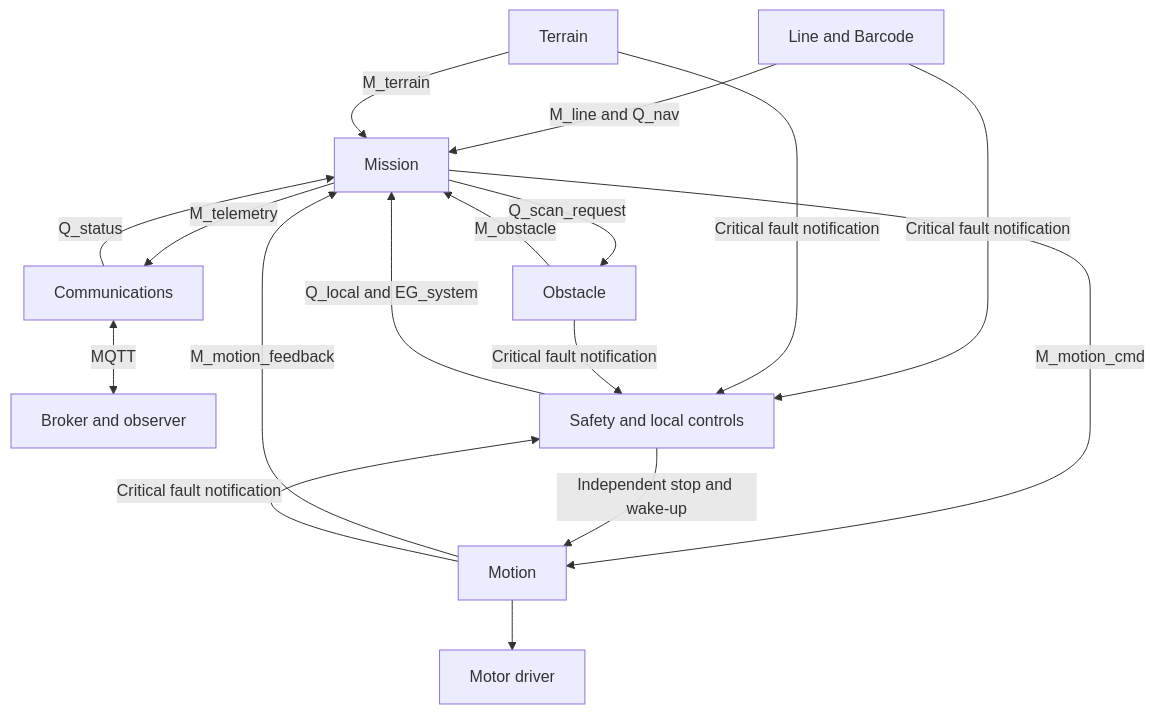
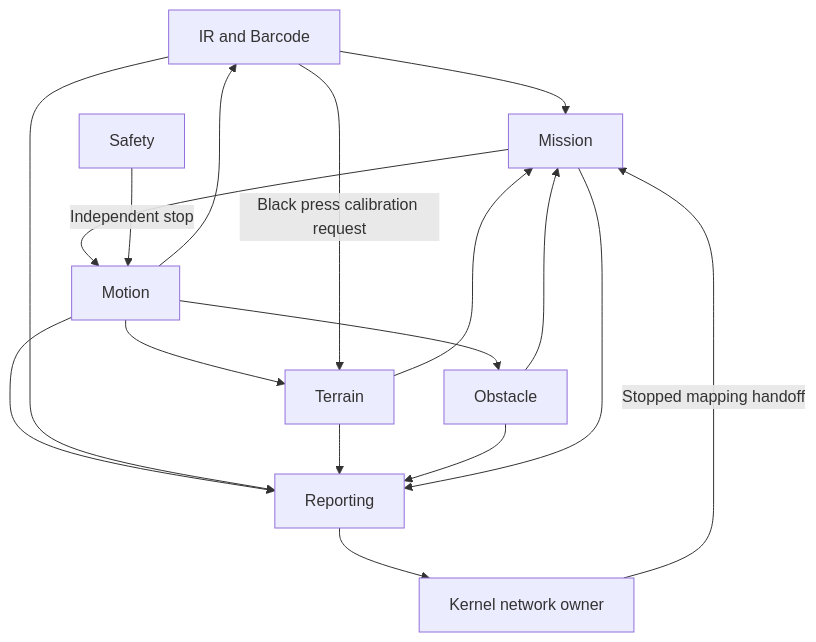
Before and after one commit to shauniee/Autonomous-Robotic-Car: the diagram in docs/ARCHITECTURE.md, drawn with Mermaid. The commit also changed other lines of this file and 173 other files, not shown here.

````diff
--- a/docs/ARCHITECTURE.md
+++ b/docs/ARCHITECTURE.md
@@ -7,16 +15,15 @@
 ```mermaid
 flowchart TD
-    Line[Line and Barcode] -->|M_line and Q_nav| Mission[Mission]
-    Terrain[Terrain] -->|M_terrain| Mission
-    Obstacle[Obstacle] -->|M_obstacle| Mission
-    Mission -->|Q_scan_request| Obstacle
-    Mission -->|M_motion_cmd| Motion[Motion]
-    Motion -->|M_motion_feedback| Mission
-    Mission -->|M_telemetry| Comms[Communications]
-    Comms -->|Q_status| Mission
-    Comms <-->|MQTT| Broker[Broker and observer]
-    Safety[Safety and local controls] -->|Q_local and EG_system| Mission
-    Safety -->|Independent stop and wake-up| Motion
-    Motion --> Motors[Motor driver]
-    Line & Terrain & Obstacle & Motion -->|Critical fault notification| Safety
+    S3[IR and Barcode] --> Mission
+    S4[Terrain] --> Mission
+    S5[Obstacle] --> Mission
+    Mission --> S2[Motion]
+    S2 --> S3
+    S2 --> S4
+    S2 --> S5
+    Safety -->|Independent stop| S2
+    S3 -->|Black press calibration request| S4
+    S2 & S3 & S4 & S5 & Mission --> S1[Reporting]
+    S1 --> Kernel[Kernel network owner]
+    Kernel -->|Stopped mapping handoff| Mission
 ```
````
